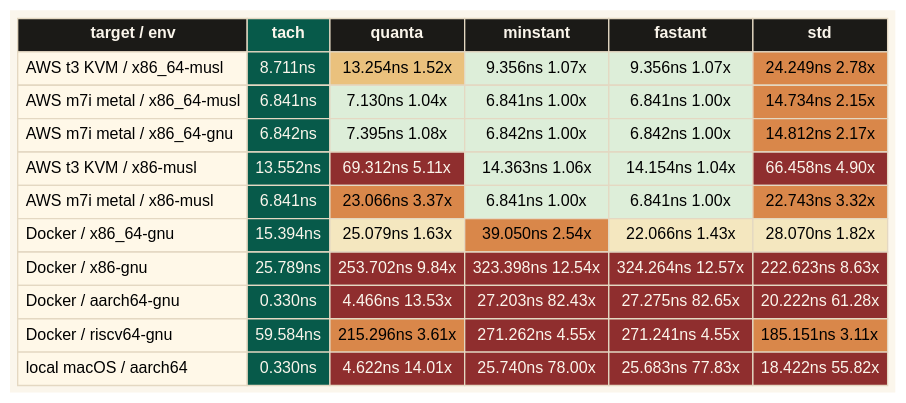
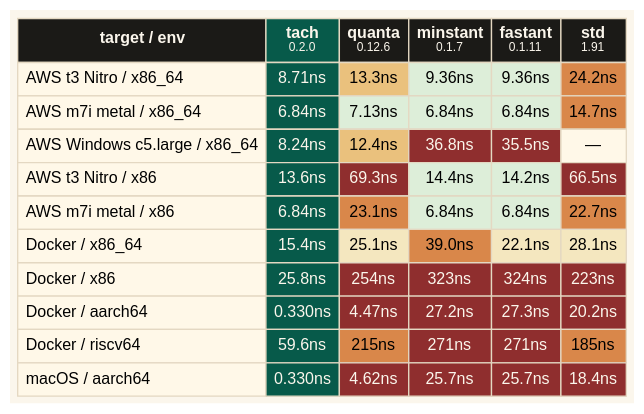
The diagram in benches/assets/benchmark-heatmap.dot (spence/hotclock), drawn with Graphviz before and after one commit. The commit also changed 8 other files, not shown here.

Commit message:
docs(readme): refine benchmark graphics

```diff
--- a/benches/assets/benchmark-heatmap.dot
+++ b/benches/assets/benchmark-heatmap.dot
@@ -1,109 +1,109 @@
 digraph benchmark {
   graph [
     bgcolor="#FBF6EC",
     margin=0,
     pad=0.08,
     rankdir=TB
   ];
 
   node [
     shape=plain,
     fontname="Avenir Next, Helvetica, Arial, sans-serif",
     fontsize=12
   ];
 
   benchmark [
     label=<
       <TABLE BORDER="0" CELLBORDER="1" CELLSPACING="0" CELLPADDING="5" COLOR="#E4D8C2">
         <TR>
           <TD BGCOLOR="#1B1A17"><FONT COLOR="#FBF6EC"><B>target / env</B></FONT></TD>
-          <TD BGCOLOR="#075A4A"><FONT COLOR="#FBF6EC"><B>tach</B></FONT></TD>
-          <TD BGCOLOR="#1B1A17"><FONT COLOR="#FBF6EC"><B>quanta</B></FONT></TD>
-          <TD BGCOLOR="#1B1A17"><FONT COLOR="#FBF6EC"><B>minstant</B></FONT></TD>
-          <TD BGCOLOR="#1B1A17"><FONT COLOR="#FBF6EC"><B>fastant</B></FONT></TD>
-          <TD BGCOLOR="#1B1A17"><FONT COLOR="#FBF6EC"><B>std</B></FONT></TD>
+          <TD BGCOLOR="#075A4A"><FONT COLOR="#FBF6EC"><B>tach</B><BR/><FONT POINT-SIZE="9">0.2.0</FONT></FONT></TD>
+          <TD BGCOLOR="#1B1A17"><FONT COLOR="#FBF6EC"><B>quanta</B><BR/><FONT POINT-SIZE="9">0.12.6</FONT></FONT></TD>
+          <TD BGCOLOR="#1B1A17"><FONT COLOR="#FBF6EC"><B>minstant</B><BR/><FONT POINT-SIZE="9">0.1.7</FONT></FONT></TD>
+          <TD BGCOLOR="#1B1A17"><FONT COLOR="#FBF6EC"><B>fastant</B><BR/><FONT POINT-SIZE="9">0.1.11</FONT></FONT></TD>
+          <TD BGCOLOR="#1B1A17"><FONT COLOR="#FBF6EC"><B>std</B><BR/><FONT POINT-SIZE="9">1.91</FONT></FONT></TD>
         </TR>
         <TR>
-          <TD ALIGN="LEFT" BGCOLOR="#FFF8E8">AWS t3 KVM / x86_64-musl</TD>
-          <TD BGCOLOR="#075A4A"><FONT COLOR="#FBF6EC">8.711ns</FONT></TD>
-          <TD BGCOLOR="#EAC17D">13.254ns 1.52x</TD>
-          <TD BGCOLOR="#DDEED9">9.356ns 1.07x</TD>
-          <TD BGCOLOR="#DDEED9">9.356ns 1.07x</TD>
-          <TD BGCOLOR="#D9874A">24.249ns 2.78x</TD>
+          <TD ALIGN="LEFT" BGCOLOR="#FFF8E8">AWS t3 Nitro / x86_64</TD>
+          <TD BGCOLOR="#075A4A"><FONT COLOR="#FBF6EC">8.71ns</FONT></TD>
+          <TD BGCOLOR="#EAC17D">13.3ns</TD>
+          <TD BGCOLOR="#DDEED9">9.36ns</TD>
+          <TD BGCOLOR="#DDEED9">9.36ns</TD>
+          <TD BGCOLOR="#D9874A">24.2ns</TD>
         </TR>
         <TR>
-          <TD ALIGN="LEFT" BGCOLOR="#FFF8E8">AWS m7i metal / x86_64-musl</TD>
-          <TD BGCOLOR="#075A4A"><FONT COLOR="#FBF6EC">6.841ns</FONT></TD>
-          <TD BGCOLOR="#DDEED9">7.130ns 1.04x</TD>
-          <TD BGCOLOR="#DDEED9">6.841ns 1.00x</TD>
-          <TD BGCOLOR="#DDEED9">6.841ns 1.00x</TD>
-          <TD BGCOLOR="#D9874A">14.734ns 2.15x</TD>
+          <TD ALIGN="LEFT" BGCOLOR="#FFF8E8">AWS m7i metal / x86_64</TD>
+          <TD BGCOLOR="#075A4A"><FONT COLOR="#FBF6EC">6.84ns</FONT></TD>
+          <TD BGCOLOR="#DDEED9">7.13ns</TD>
+          <TD BGCOLOR="#DDEED9">6.84ns</TD>
+          <TD BGCOLOR="#DDEED9">6.84ns</TD>
+          <TD BGCOLOR="#D9874A">14.7ns</TD>
         </TR>
         <TR>
-          <TD ALIGN="LEFT" BGCOLOR="#FFF8E8">AWS m7i metal / x86_64-gnu</TD>
-          <TD BGCOLOR="#075A4A"><FONT COLOR="#FBF6EC">6.842ns</FONT></TD>
-          <TD BGCOLOR="#DDEED9">7.395ns 1.08x</TD>
-          <TD BGCOLOR="#DDEED9">6.842ns 1.00x</TD>
-          <TD BGCOLOR="#DDEED9">6.842ns 1.00x</TD>
-          <TD BGCOLOR="#D9874A">14.812ns 2.17x</TD>
+          <TD ALIGN="LEFT" BGCOLOR="#FFF8E8">AWS Windows c5.large / x86_64</TD>
+          <TD BGCOLOR="#075A4A"><FONT COLOR="#FBF6EC">8.24ns</FONT></TD>
+          <TD BGCOLOR="#EAC17D">12.4ns</TD>
+          <TD BGCOLOR="#8F2E2E"><FONT COLOR="#FBF6EC">36.8ns</FONT></TD>
+          <TD BGCOLOR="#8F2E2E"><FONT COLOR="#FBF6EC">35.5ns</FONT></TD>
+          <TD BGCOLOR="#FFF8E8">—</TD>
         </TR>
         <TR>
-          <TD ALIGN="LEFT" BGCOLOR="#FFF8E8">AWS t3 KVM / x86-musl</TD>
-          <TD BGCOLOR="#075A4A"><FONT COLOR="#FBF6EC">13.552ns</FONT></TD>
-          <TD BGCOLOR="#8F2E2E"><FONT COLOR="#FBF6EC">69.312ns 5.11x</FONT></TD>
-          <TD BGCOLOR="#DDEED9">14.363ns 1.06x</TD>
-          <TD BGCOLOR="#DDEED9">14.154ns 1.04x</TD>
-          <TD BGCOLOR="#8F2E2E"><FONT COLOR="#FBF6EC">66.458ns 4.90x</FONT></TD>
+          <TD ALIGN="LEFT" BGCOLOR="#FFF8E8">AWS t3 Nitro / x86</TD>
+          <TD BGCOLOR="#075A4A"><FONT COLOR="#FBF6EC">13.6ns</FONT></TD>
+          <TD BGCOLOR="#8F2E2E"><FONT COLOR="#FBF6EC">69.3ns</FONT></TD>
+          <TD BGCOLOR="#DDEED9">14.4ns</TD>
+          <TD BGCOLOR="#DDEED9">14.2ns</TD>
+          <TD BGCOLOR="#8F2E2E"><FONT COLOR="#FBF6EC">66.5ns</FONT></TD>
         </TR>
         <TR>
-          <TD ALIGN="LEFT" BGCOLOR="#FFF8E8">AWS m7i metal / x86-musl</TD>
-          <TD BGCOLOR="#075A4A"><FONT COLOR="#FBF6EC">6.841ns</FONT></TD>
-          <TD BGCOLOR="#D9874A">23.066ns 3.37x</TD>
-          <TD BGCOLOR="#DDEED9">6.841ns 1.00x</TD>
-          <TD BGCOLOR="#DDEED9">6.841ns 1.00x</TD>
-          <TD BGCOLOR="#D9874A">22.743ns 3.32x</TD>
+          <TD ALIGN="LEFT" BGCOLOR="#FFF8E8">AWS m7i metal / x86</TD>
+          <TD BGCOLOR="#075A4A"><FONT COLOR="#FBF6EC">6.84ns</FONT></TD>
+          <TD BGCOLOR="#D9874A">23.1ns</TD>
+          <TD BGCOLOR="#DDEED9">6.84ns</TD>
+          <TD BGCOLOR="#DDEED9">6.84ns</TD>
+          <TD BGCOLOR="#D9874A">22.7ns</TD>
         </TR>
         <TR>
-          <TD ALIGN="LEFT" BGCOLOR="#FFF8E8">Docker / x86_64-gnu</TD>
-          <TD BGCOLOR="#075A4A"><FONT COLOR="#FBF6EC">15.394ns</FONT></TD>
-          <TD BGCOLOR="#F4E7BF">25.079ns 1.63x</TD>
-          <TD BGCOLOR="#D9874A">39.050ns 2.54x</TD>
-          <TD BGCOLOR="#F4E7BF">22.066ns 1.43x</TD>
-          <TD BGCOLOR="#F4E7BF">28.070ns 1.82x</TD>
+          <TD ALIGN="LEFT" BGCOLOR="#FFF8E8">Docker / x86_64</TD>
+          <TD BGCOLOR="#075A4A"><FONT COLOR="#FBF6EC">15.4ns</FONT></TD>
+          <TD BGCOLOR="#F4E7BF">25.1ns</TD>
+          <TD BGCOLOR="#D9874A">39.0ns</TD>
+          <TD BGCOLOR="#F4E7BF">22.1ns</TD>
+          <TD BGCOLOR="#F4E7BF">28.1ns</TD>
         </TR>
         <TR>
-          <TD ALIGN="LEFT" BGCOLOR="#FFF8E8">Docker / x86-gnu</TD>
-          <TD BGCOLOR="#075A4A"><FONT COLOR="#FBF6EC">25.789ns</FONT></TD>
-          <TD BGCOLOR="#8F2E2E"><FONT COLOR="#FBF6EC">253.702ns 9.84x</FONT></TD>
-          <TD BGCOLOR="#8F2E2E"><FONT COLOR="#FBF6EC">323.398ns 12.54x</FONT></TD>
-          <TD BGCOLOR="#8F2E2E"><FONT COLOR="#FBF6EC">324.264ns 12.57x</FONT></TD>
-          <TD BGCOLOR="#8F2E2E"><FONT COLOR="#FBF6EC">222.623ns 8.63x</FONT></TD>
+          <TD ALIGN="LEFT" BGCOLOR="#FFF8E8">Docker / x86</TD>
+          <TD BGCOLOR="#075A4A"><FONT COLOR="#FBF6EC">25.8ns</FONT></TD>
+          <TD BGCOLOR="#8F2E2E"><FONT COLOR="#FBF6EC">254ns</FONT></TD>
+          <TD BGCOLOR="#8F2E2E"><FONT COLOR="#FBF6EC">323ns</FONT></TD>
+          <TD BGCOLOR="#8F2E2E"><FONT COLOR="#FBF6EC">324ns</FONT></TD>
+          <TD BGCOLOR="#8F2E2E"><FONT COLOR="#FBF6EC">223ns</FONT></TD>
         </TR>
         <TR>
-          <TD ALIGN="LEFT" BGCOLOR="#FFF8E8">Docker / aarch64-gnu</TD>
+          <TD ALIGN="LEFT" BGCOLOR="#FFF8E8">Docker / aarch64</TD>
           <TD BGCOLOR="#075A4A"><FONT COLOR="#FBF6EC">0.330ns</FONT></TD>
-          <TD BGCOLOR="#8F2E2E"><FONT COLOR="#FBF6EC">4.466ns 13.53x</FONT></TD>
-          <TD BGCOLOR="#8F2E2E"><FONT COLOR="#FBF6EC">27.203ns 82.43x</FONT></TD>
-          <TD BGCOLOR="#8F2E2E"><FONT COLOR="#FBF6EC">27.275ns 82.65x</FONT></TD>
-          <TD BGCOLOR="#8F2E2E"><FONT COLOR="#FBF6EC">20.222ns 61.28x</FONT></TD>
+          <TD BGCOLOR="#8F2E2E"><FONT COLOR="#FBF6EC">4.47ns</FONT></TD>
+          <TD BGCOLOR="#8F2E2E"><FONT COLOR="#FBF6EC">27.2ns</FONT></TD>
+          <TD BGCOLOR="#8F2E2E"><FONT COLOR="#FBF6EC">27.3ns</FONT></TD>
+          <TD BGCOLOR="#8F2E2E"><FONT COLOR="#FBF6EC">20.2ns</FONT></TD>
         </TR>
         <TR>
-          <TD ALIGN="LEFT" BGCOLOR="#FFF8E8">Docker / riscv64-gnu</TD>
-          <TD BGCOLOR="#075A4A"><FONT COLOR="#FBF6EC">59.584ns</FONT></TD>
-          <TD BGCOLOR="#D9874A">215.296ns 3.61x</TD>
-          <TD BGCOLOR="#8F2E2E"><FONT COLOR="#FBF6EC">271.262ns 4.55x</FONT></TD>
-          <TD BGCOLOR="#8F2E2E"><FONT COLOR="#FBF6EC">271.241ns 4.55x</FONT></TD>
-          <TD BGCOLOR="#D9874A">185.151ns 3.11x</TD>
+          <TD ALIGN="LEFT" BGCOLOR="#FFF8E8">Docker / riscv64</TD>
+          <TD BGCOLOR="#075A4A"><FONT COLOR="#FBF6EC">59.6ns</FONT></TD>
+          <TD BGCOLOR="#D9874A">215ns</TD>
+          <TD BGCOLOR="#8F2E2E"><FONT COLOR="#FBF6EC">271ns</FONT></TD>
+          <TD BGCOLOR="#8F2E2E"><FONT COLOR="#FBF6EC">271ns</FONT></TD>
+          <TD BGCOLOR="#D9874A">185ns</TD>
         </TR>
         <TR>
-          <TD ALIGN="LEFT" BGCOLOR="#FFF8E8">local macOS / aarch64</TD>
+          <TD ALIGN="LEFT" BGCOLOR="#FFF8E8">macOS / aarch64</TD>
           <TD BGCOLOR="#075A4A"><FONT COLOR="#FBF6EC">0.330ns</FONT></TD>
-          <TD BGCOLOR="#8F2E2E"><FONT COLOR="#FBF6EC">4.622ns 14.01x</FONT></TD>
-          <TD BGCOLOR="#8F2E2E"><FONT COLOR="#FBF6EC">25.740ns 78.00x</FONT></TD>
-          <TD BGCOLOR="#8F2E2E"><FONT COLOR="#FBF6EC">25.683ns 77.83x</FONT></TD>
-          <TD BGCOLOR="#8F2E2E"><FONT COLOR="#FBF6EC">18.422ns 55.82x</FONT></TD>
+          <TD BGCOLOR="#8F2E2E"><FONT COLOR="#FBF6EC">4.62ns</FONT></TD>
+          <TD BGCOLOR="#8F2E2E"><FONT COLOR="#FBF6EC">25.7ns</FONT></TD>
+          <TD BGCOLOR="#8F2E2E"><FONT COLOR="#FBF6EC">25.7ns</FONT></TD>
+          <TD BGCOLOR="#8F2E2E"><FONT COLOR="#FBF6EC">18.4ns</FONT></TD>
         </TR>
       </TABLE>
     >
   ];
 }
```
